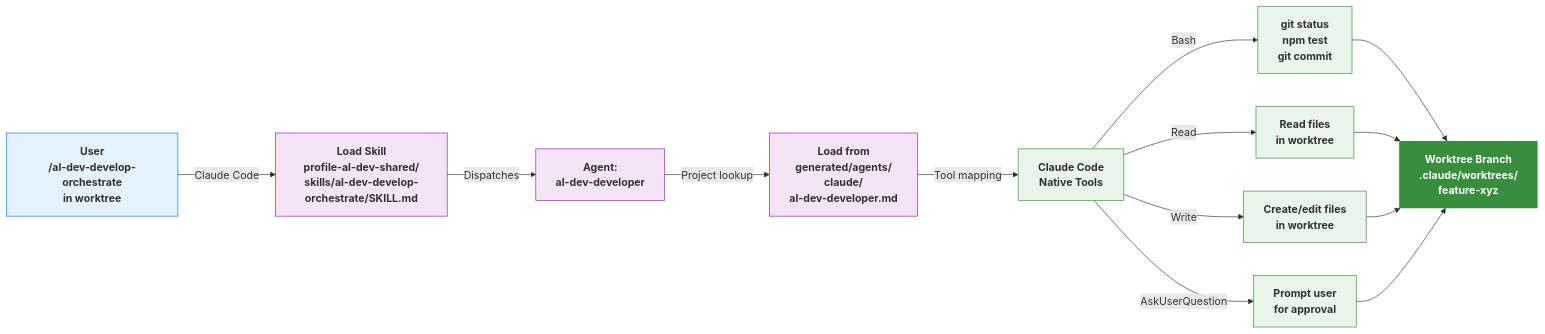
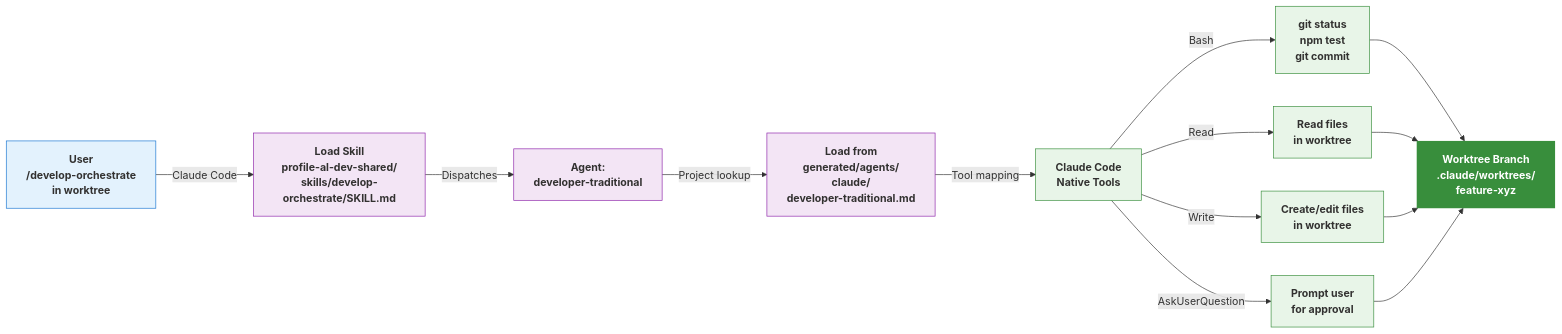
The fifth of 6 diagrams in docs/projection_layer_readme.md (russell-laing/al-dev-shared), drawn with Mermaid before and after one commit. The commit also changed other lines of this file and 20 other files, not shown here.

````diff
--- a/docs/projection_layer_readme.md
+++ b/docs/projection_layer_readme.md
@@ -610,31 +610,31 @@
 ```mermaid
 graph LR
-    A["User<br/>/al-dev-develop-orchestrate<br/>in worktree"] -->|Claude Code| B["Load Skill<br/>profile-al-dev-shared/<br/>skills/al-dev-develop-orchestrate/SKILL.md"]
-    B -->|Dispatches| C["Agent:<br/>al-dev-developer"]
-    C -->|Project lookup| D["Load from<br/>generated/agents/<br/>claude/<br/>al-dev-developer.md"]
+    A["User<br/>/develop-orchestrate<br/>in worktree"] -->|Claude Code| B["Load Skill<br/>profile-al-dev-shared/<br/>skills/develop-orchestrate/SKILL.md"]
+    B -->|Dispatches| C["Agent:<br/>developer-traditional"]
+    C -->|Project lookup| D["Load from<br/>generated/agents/<br/>claude/<br/>developer-traditional.md"]
     D -->|Tool mapping| E["Claude Code<br/>Native Tools"]
     E -->|Bash| F["git status<br/>npm test<br/>git commit"]
     E -->|Read| G["Read files<br/>in worktree"]
     E -->|Write| H["Create/edit files<br/>in worktree"]
     E -->|AskUserQuestion| I["Prompt user<br/>for approval"]
     F --> J["Worktree Branch<br/>.claude/worktrees/<br/>feature-xyz"]
     G --> J
     H --> J
     I --> J
     
     classDef input fill:#e3f2fd,stroke:#1976d2,color:#323130,font-weight:bold
     classDef process fill:#f3e5f5,stroke:#8e24aa,color:#323130,font-weight:bold
     classDef output fill:#e8f5e8,stroke:#388e3c,color:#323130,font-weight:bold
     classDef emphasisGreen fill:#388e3c,stroke:none,color:#fff,font-weight:bold
 
     class A input
     class B process
     class C process
     class D process
     class E output
     class F output
     class G output
     class H output
     class I output
     class J emphasisGreen
 ```
````
